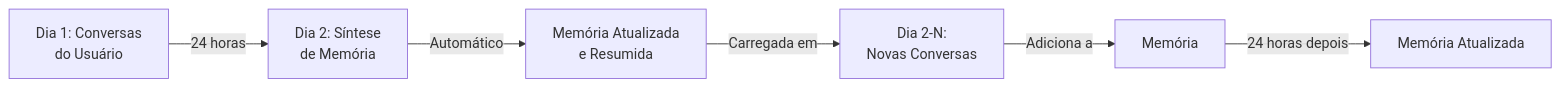
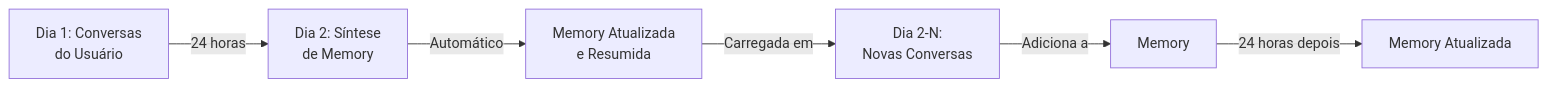
The fifth of 5 diagrams in pt-BR/02-memory/README.md (Diegobecker07/claude-howto), drawn with Mermaid before and after one commit. The commit also changed other lines of this file and 26 other files, not shown here.

````diff
--- a/pt-BR/02-memory/README.md
+++ b/pt-BR/02-memory/README.md
@@ -853,8 +853,8 @@
 ```mermaid
 graph LR
-    A["Dia 1: Conversas<br/>do Usuário"] -->|24 horas| B["Dia 2: Síntese<br/>de Memória"]
-    B -->|Automático| C["Memória Atualizada<br/>e Resumida"]
+    A["Dia 1: Conversas<br/>do Usuário"] -->|24 horas| B["Dia 2: Síntese<br/>de Memory"]
+    B -->|Automático| C["Memory Atualizada<br/>e Resumida"]
     C -->|Carregada em| D["Dia 2-N:<br/>Novas Conversas"]
-    D -->|Adiciona a| E["Memória"]
-    E -->|24 horas depois| F["Memória Atualizada"]
+    D -->|Adiciona a| E["Memory"]
+    E -->|24 horas depois| F["Memory Atualizada"]
 ```
````
